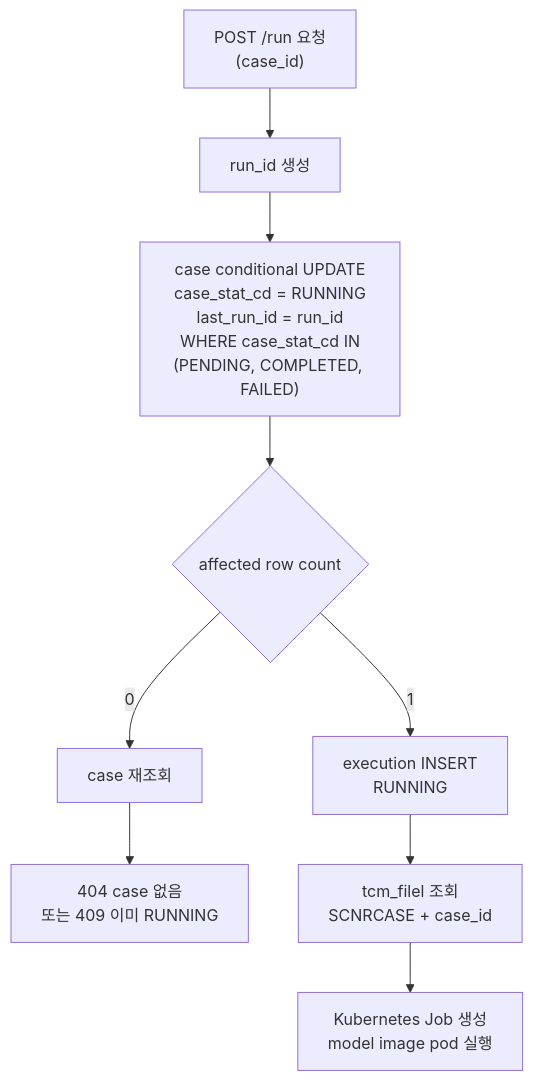
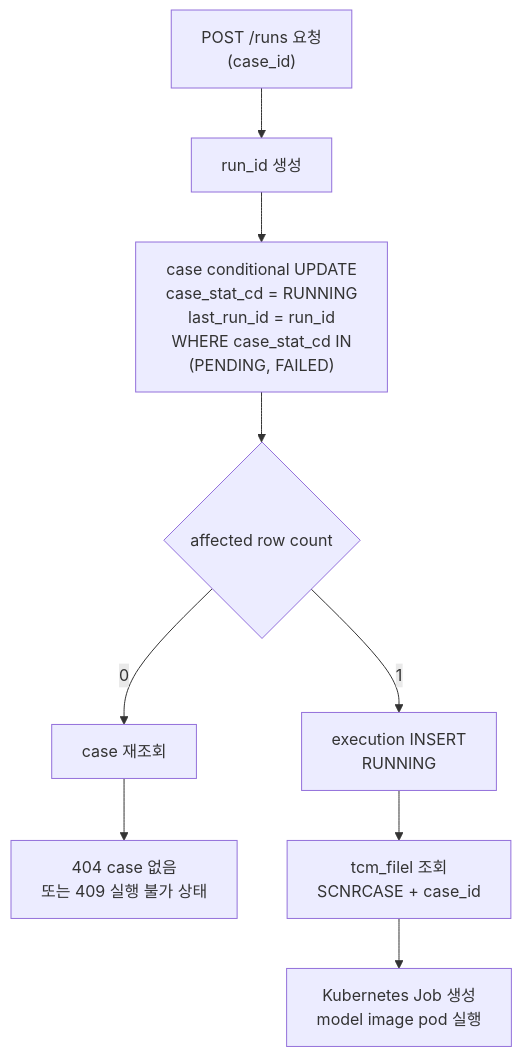
One commit to enkhbaatarL/backtend changed the fourth of 4 diagrams in docs/design-docs/gas/scenario-case-execution-workflow-design-draft.md. Above: the diagram before and after it, drawn with Mermaid. The commit also changed other lines of this file and 31 other files, not shown here.

````diff
--- a/docs/design-docs/gas/scenario-case-execution-workflow-design-draft.md
+++ b/docs/design-docs/gas/scenario-case-execution-workflow-design-draft.md
@@ -493,11 +517,11 @@
 ```mermaid
 flowchart TD
-    A["POST /run 요청\n(case_id)"] --> B["run_id 생성"]
-    B --> C["case conditional UPDATE\ncase_stat_cd = RUNNING\nlast_run_id = run_id\nWHERE case_stat_cd IN\n(PENDING, COMPLETED, FAILED)"]
+    A["POST /runs 요청\n(case_id)"] --> B["run_id 생성"]
+    B --> C["case conditional UPDATE\ncase_stat_cd = RUNNING\nlast_run_id = run_id\nWHERE case_stat_cd IN\n(PENDING, FAILED)"]
     C --> D{affected row count}
     D -- "0" --> E["case 재조회"]
-    E --> F["404 case 없음\n또는 409 이미 RUNNING"]
+    E --> F["404 case 없음\n또는 409 실행 불가 상태"]
     D -- "1" --> G["execution INSERT\nRUNNING"]
     G --> H["tcm_filel 조회\nSCNRCASE + case_id"]
     H --> I["Kubernetes Job 생성\nmodel image pod 실행"]
 ```
````
